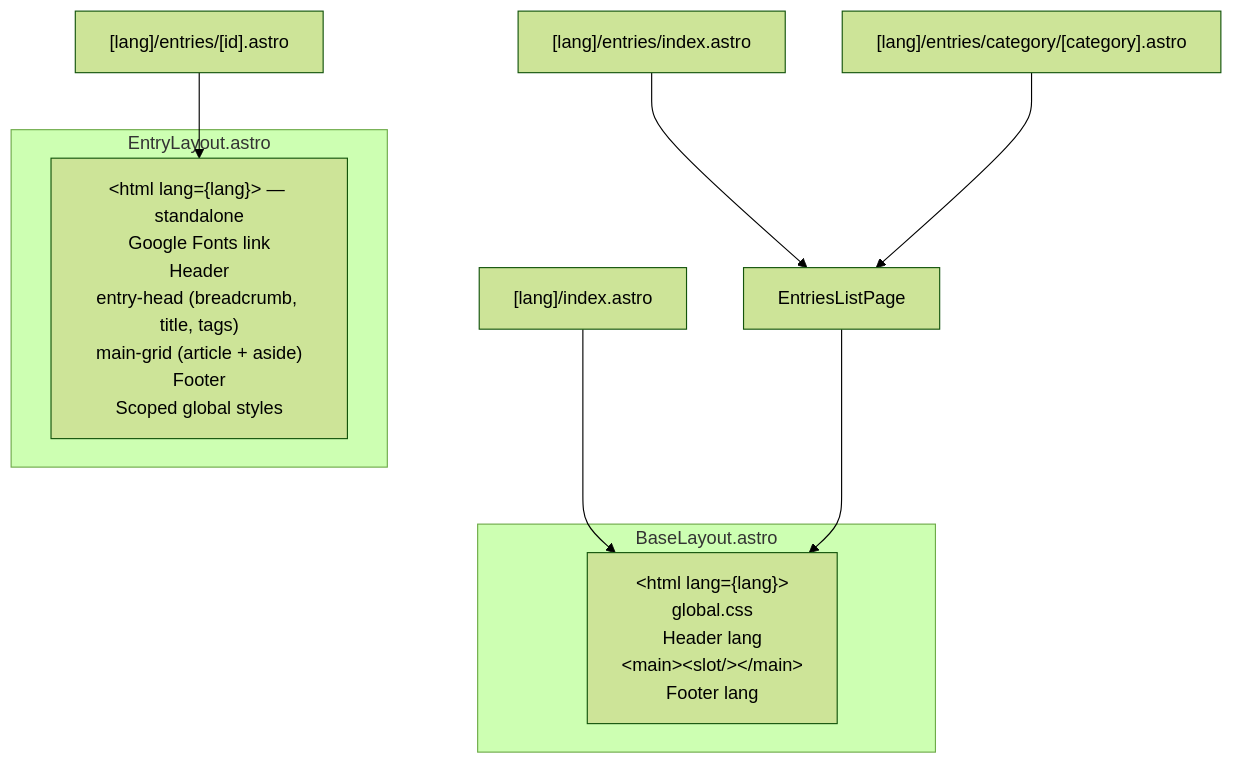
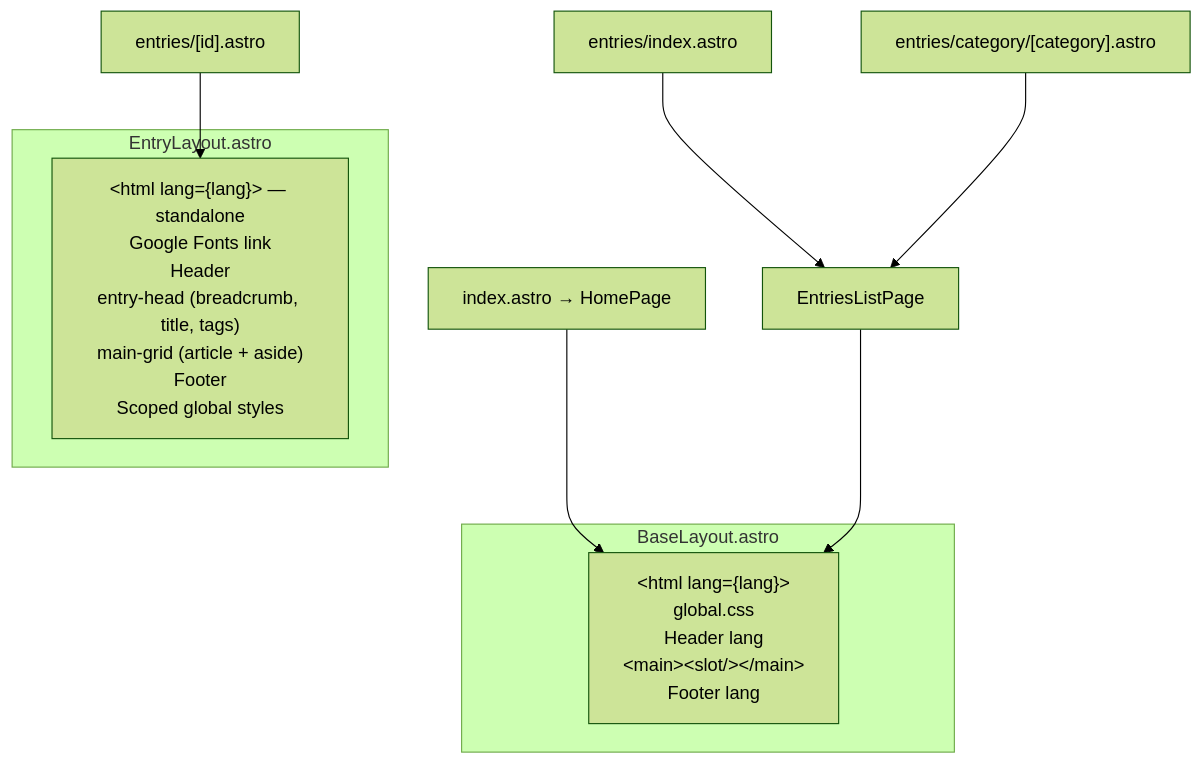
Before and after one commit to khanhhung142/mythic-pages: the second of 2 diagrams in doc/routing-and-pages.md, drawn with Mermaid (forest theme). The commit also changed other lines of this file and 26 other files, not shown here.

````diff
--- a/doc/routing-and-pages.md
+++ b/doc/routing-and-pages.md
@@ -43,15 +44,15 @@
 ```mermaid
 graph TD
     subgraph "BaseLayout.astro"
         BL["&lt;html lang={lang}&gt;<br/>global.css<br/>Header lang<br/>&lt;main&gt;&lt;slot/&gt;&lt;/main&gt;<br/>Footer lang"]
     end
 
     subgraph "EntryLayout.astro"
         EL["&lt;html lang={lang}&gt; — standalone<br/>Google Fonts link<br/>Header<br/>entry-head (breadcrumb, title, tags)<br/>main-grid (article + aside)<br/>Footer<br/>Scoped global styles"]
     end
 
-    HP["[lang]/index.astro"] --> BL
-    LP["[lang]/entries/index.astro"] --> ELP[EntriesListPage] --> BL
-    CP["[lang]/entries/category/[category].astro"] --> ELP
-    EP["[lang]/entries/[id].astro"] --> EL
+    HP["index.astro → HomePage"] --> BL
+    LP["entries/index.astro"] --> ELP[EntriesListPage] --> BL
+    CP["entries/category/[category].astro"] --> ELP
+    EP["entries/[id].astro"] --> EL
 ```
````
